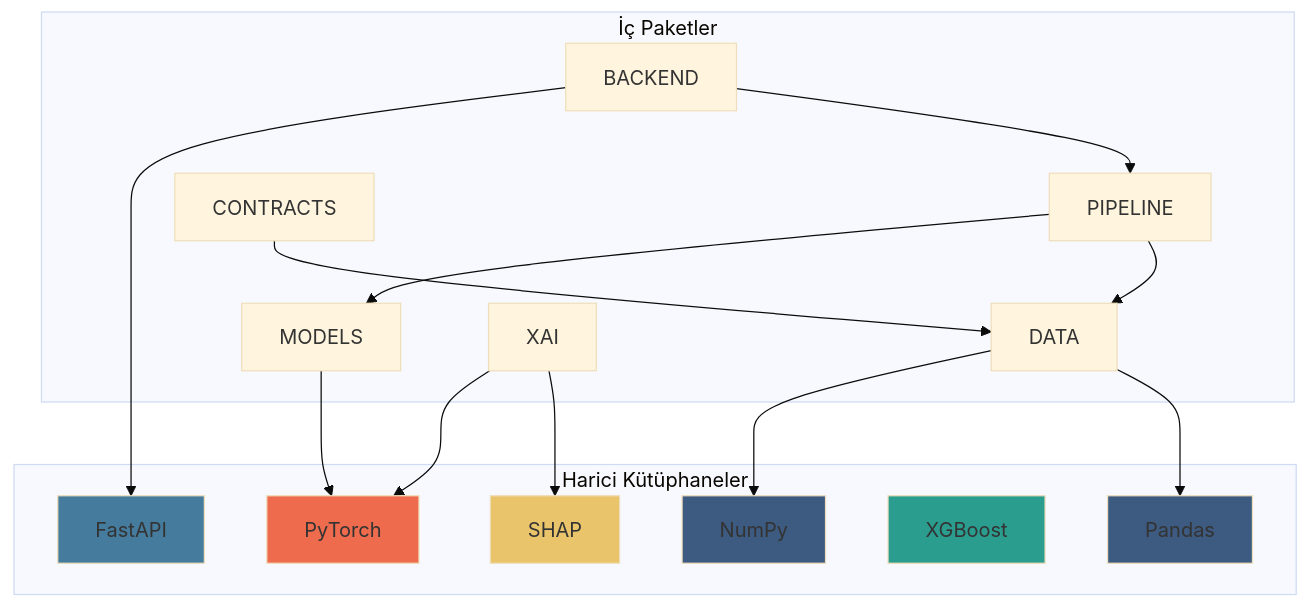
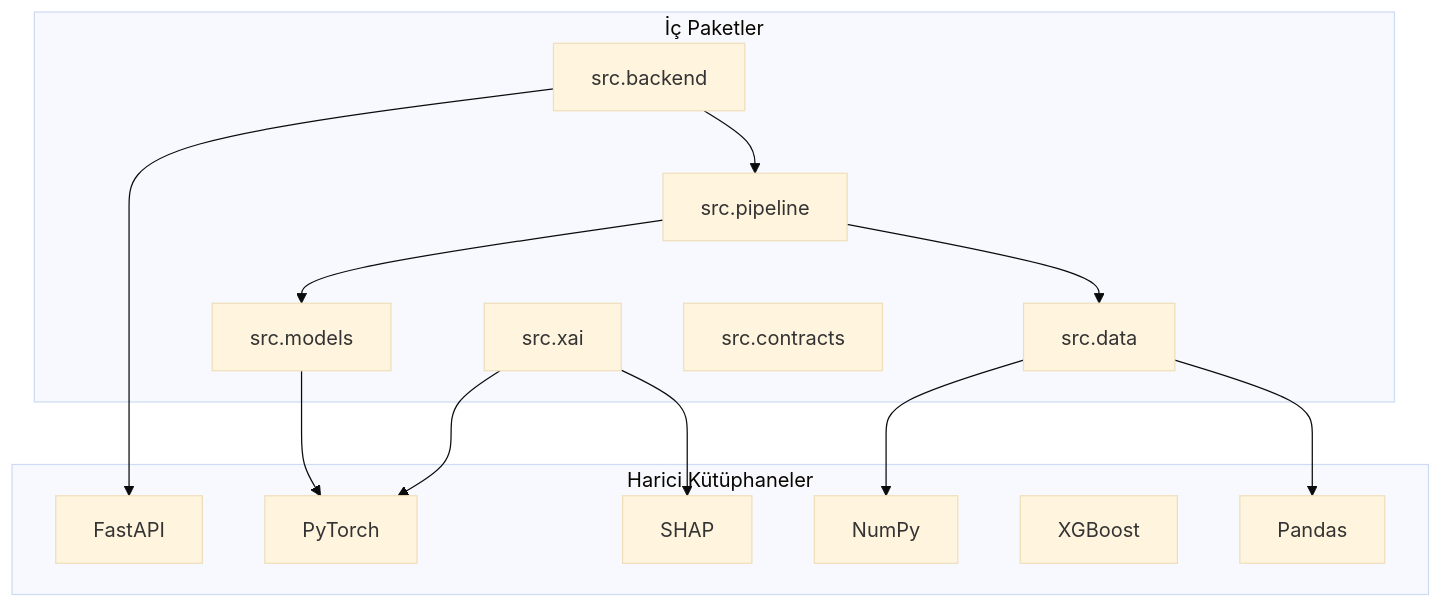
Before and after one commit to mUsaulug/CardioGuard-AI: diagram 12 of 12 in docs/diagrams/03_class_diagram.md, drawn with Mermaid (base theme). The commit also changed other lines of this file and 5 other files, not shown here.

````diff
--- a/docs/diagrams/03_class_diagram.md
+++ b/docs/diagrams/03_class_diagram.md
@@ -702,27 +632,30 @@
 ```mermaid
 graph TB
-    subgraph External["Harici Kütüphaneler"]
+    subgraph Harici_Kutuphaneler["Harici Kütüphaneler"]
         TORCH["PyTorch"]
         NUMPY["NumPy"]
         PANDAS["Pandas"]
         FASTAPI["FastAPI"]
         XGBOOST["XGBoost"]
         SHAP["SHAP"]
     end
     
-    subgraph Internal["İç Paketler"]
-        MODELS --> TORCH
-        DATA --> NUMPY & PANDAS
-        PIPELINE --> MODELS & DATA
-        XAI --> TORCH & SHAP
-        BACKEND --> FASTAPI & PIPELINE
-        CONTRACTS --> DATA
+    subgraph Ic_Paketler["İç Paketler"]
+        MODELS["src.models"]
+        DATA["src.data"]
+        PIPELINE["src.pipeline"]
+        XAI["src.xai"]
+        BACKEND["src.backend"]
+        CONTRACTS["src.contracts"]
     end
     
-    style TORCH fill:#ee6c4d
-    style NUMPY fill:#3d5a80
-    style PANDAS fill:#3d5a80
-    style FASTAPI fill:#457b9d
-    style XGBOOST fill:#2a9d8f
-    style SHAP fill:#e9c46a
+    MODELS --> TORCH
+    DATA --> NUMPY
+    DATA --> PANDAS
+    PIPELINE --> MODELS
+    PIPELINE --> DATA
+    XAI --> TORCH
+    XAI --> SHAP
+    BACKEND --> FASTAPI
+    BACKEND --> PIPELINE
 ```
````
